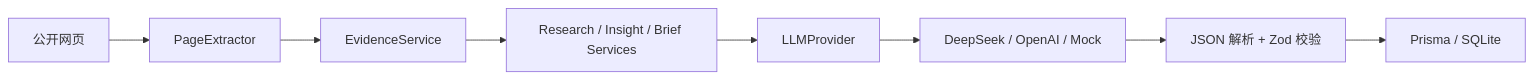
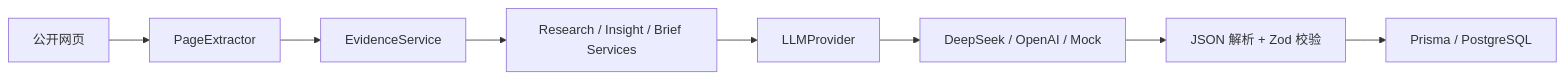
Before and after one commit to zhaoxiaoxi666888-tech/brandscope: the second of 2 diagrams in README.md, drawn with Mermaid. The commit also changed other lines of this file and 50 other files, not shown here.

````diff
--- a/README.md
+++ b/README.md
@@ -59,10 +61,10 @@
 ```mermaid
 flowchart LR
   W["公开网页"] --> X["PageExtractor"]
   X --> E["EvidenceService"]
   E --> S["Research / Insight / Brief Services"]
   S --> L["LLMProvider"]
   L --> D["DeepSeek / OpenAI / Mock"]
   D --> Z["JSON 解析 + Zod 校验"]
-  Z --> P["Prisma / SQLite"]
+  Z --> P["Prisma / PostgreSQL"]
 ```
````
